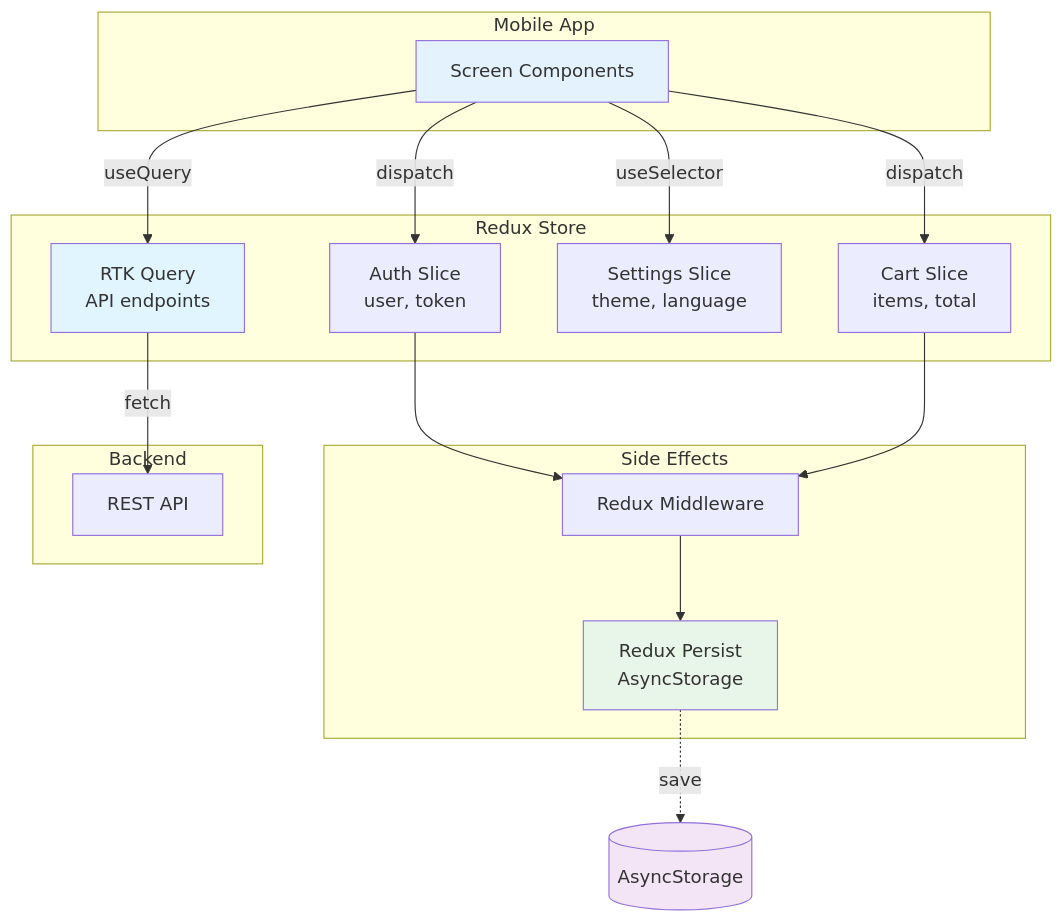
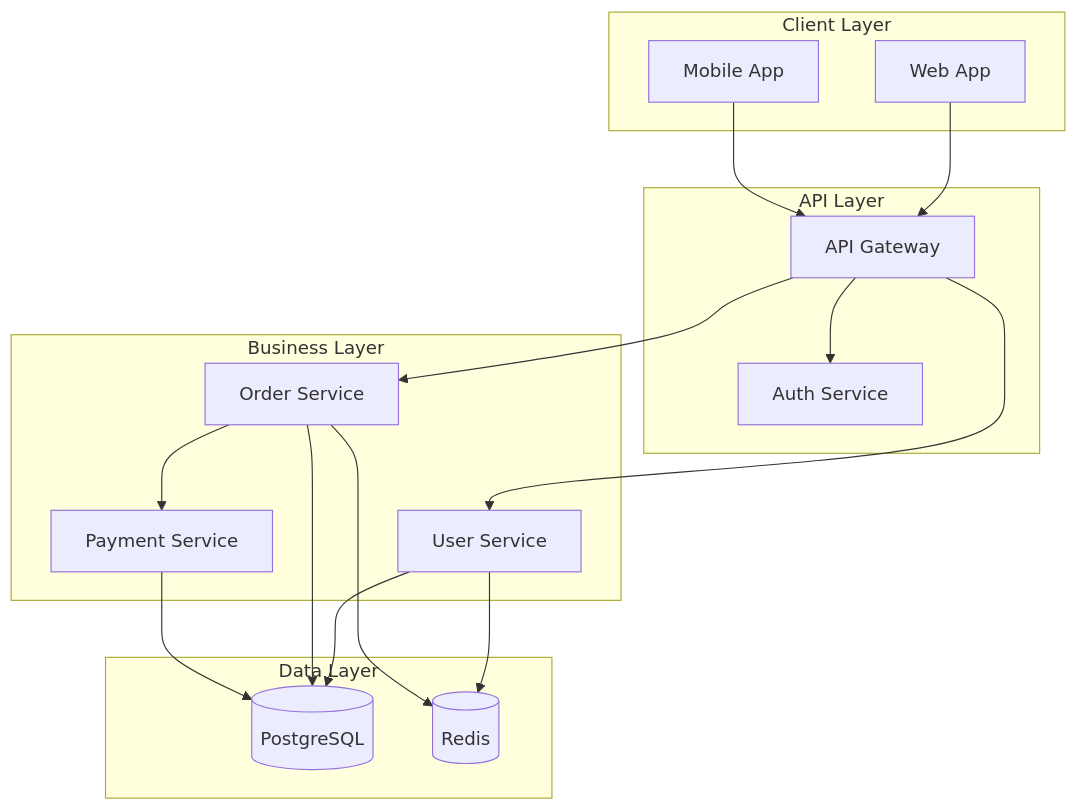
One commit to victorvelazquez/ai-bootstrap changed the diagram in prompts/mobile/flow-build-phase-3.md. Above: the diagram before and after it, drawn with Mermaid. The commit also changed other lines of this file and 9 other files, not shown here.

````diff
--- a/prompts/mobile/flow-build-phase-3.md
+++ b/prompts/mobile/flow-build-phase-3.md
@@ -566,40 +48,35 @@
 ```mermaid
-graph TB
-    subgraph "Mobile App"
-        SCREEN[Screen Components]
+graph TD
+    subgraph "Client Layer"
+        Web[Web App]
+        Mobile[Mobile App]
     end
 
-    subgraph "Redux Store"
-        SLICE1[Auth Slice<br/>user, token]
-        SLICE2[Cart Slice<br/>items, total]
-        SLICE3[Settings Slice<br/>theme, language]
-        RTK[RTK Query<br/>API endpoints]
+    subgraph "API Layer"
+        Gateway[API Gateway]
+        Auth[Auth Service]
     end
 
-    subgraph "Side Effects"
-        MIDDLEWARE[Redux Middleware]
-        PERSIST[Redux Persist<br/>AsyncStorage]
+    subgraph "Business Layer"
+        Service1[User Service]
+        Service2[Order Service]
+        Service3[Payment Service]
     end
 
-    subgraph "Backend"
-        API[REST API]
+    subgraph "Data Layer"
+        DB[(PostgreSQL)]
+        Cache[(Redis)]
     end
 
-    SCREEN -->|dispatch| SLICE1
-    SCREEN -->|dispatch| SLICE2
-    SCREEN -->|useSelector| SLICE3
-    SCREEN -->|useQuery| RTK
-
-    RTK -->|fetch| API
-
-    SLICE1 --> MIDDLEWARE
-    SLICE2 --> MIDDLEWARE
-    MIDDLEWARE --> PERSIST
-
-    PERSIST -.->|save| LOCAL[(AsyncStorage)]
-
-    style SCREEN fill:#e3f2fd
-    style RTK fill:#e1f5ff
-    style PERSIST fill:#e8f5e9
-    style LOCAL fill:#f3e5f5
+    Web --> Gateway
+    Mobile --> Gateway
+    Gateway --> Auth
+    Gateway --> Service1
+    Gateway --> Service2
+    Service2 --> Service3
+    Service1 --> DB
+    Service2 --> DB
+    Service3 --> DB
+    Service1 --> Cache
+    Service2 --> Cache
 ```
````
